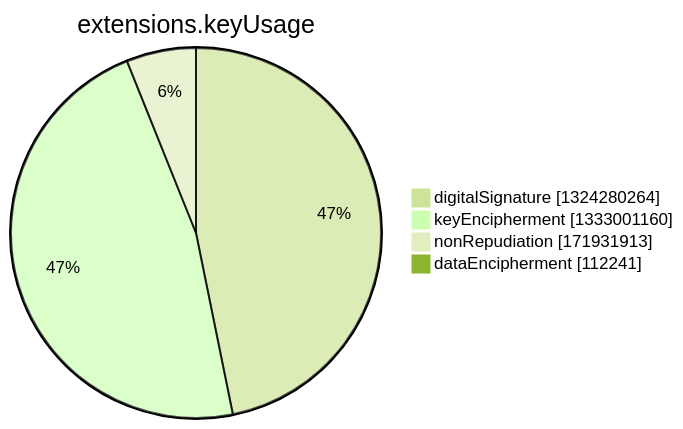
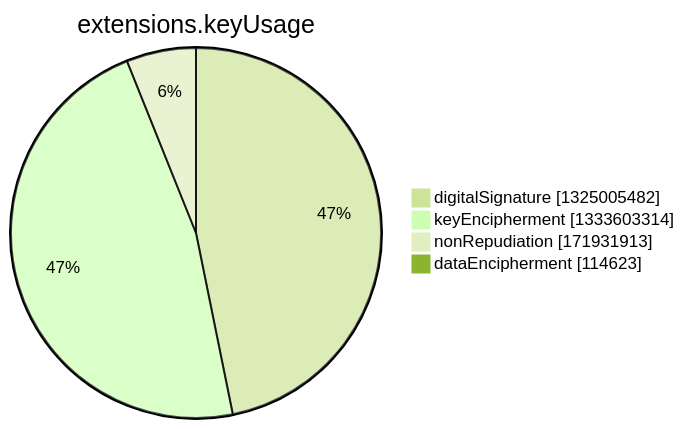
Before and after one commit to christiankrug/ctmonitor_visualization: the seventh of 15 diagrams in argon2022/README.md, drawn with Mermaid (forest theme). The commit also changed other lines of this file, not shown here.

````diff
--- a/argon2022/README.md
+++ b/argon2022/README.md
@@ -2750,8 +2750,8 @@
 ```mermaid
 pie showData
 title extensions.keyUsage
-"digitalSignature" :1324280264
-"keyEncipherment" :1333001160
+"digitalSignature" :1325005482
+"keyEncipherment" :1333603314
 "nonRepudiation" :171931913
-"dataEncipherment" :112241
+"dataEncipherment" :114623
 ```
````
